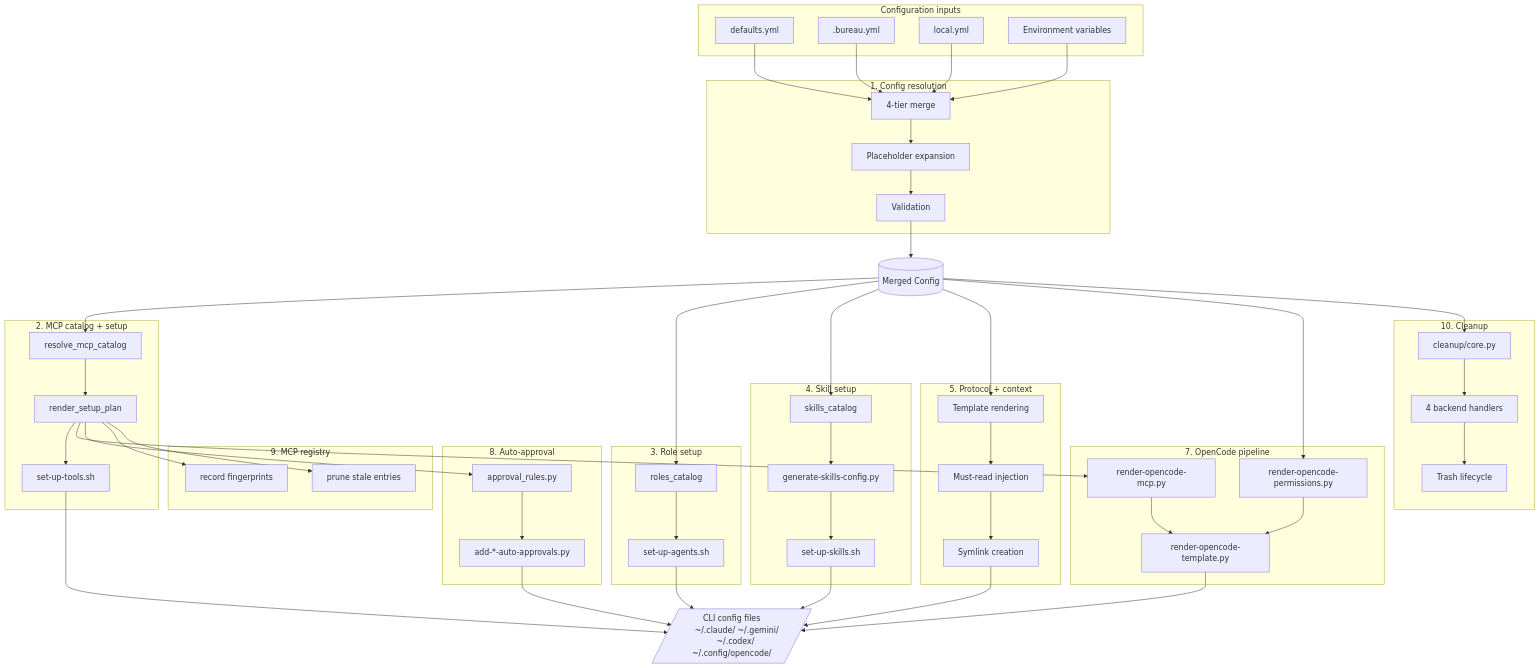
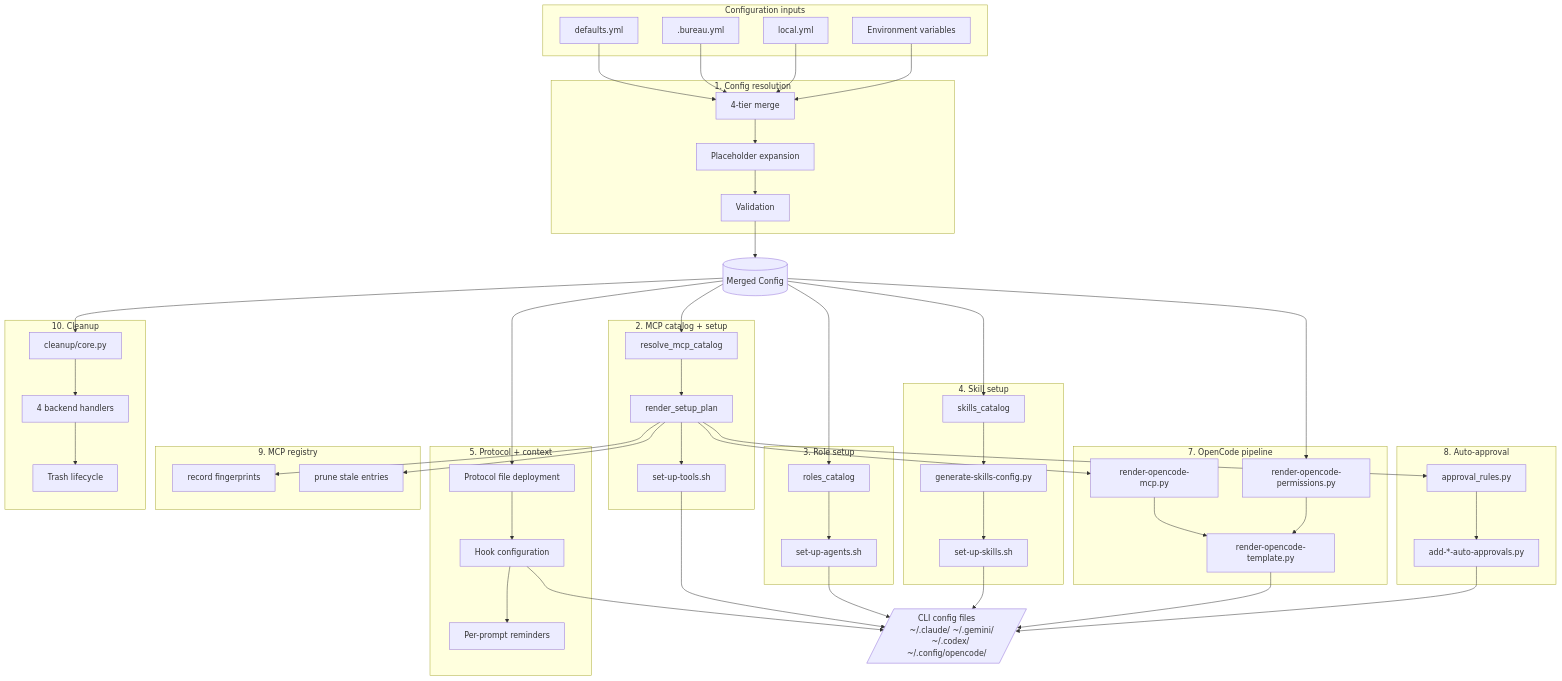
The first of 10 diagrams in docs/DATA-FLOWS.md (akbad/Bureau), drawn with Mermaid before and after one commit. The commit also changed other lines of this file and 31 other files, not shown here.

```diff
--- a/docs/DATA-FLOWS.md
+++ b/docs/DATA-FLOWS.md
@@ -79,12 +79,12 @@
     CONFIG --> SKILL_CAT --> SKILL_GEN --> SKILL_SH
 
     subgraph F5["5. Protocol + context"]
-        TMPL_RENDER[Template rendering]
-        SYMLINKS[Symlink creation]
-        MUST_READ[Must-read injection]
+        PROTO_DEPLOY[Protocol file deployment]
+        HOOK_CFG[Hook configuration]
+        REMINDER[Per-prompt reminders]
     end
 
-    CONFIG --> TMPL_RENDER --> MUST_READ --> SYMLINKS
+    CONFIG --> PROTO_DEPLOY --> HOOK_CFG --> REMINDER
 
     subgraph F7["7. OpenCode pipeline"]
         OC_MCP[render-opencode-mcp.py]
@@ -121,7 +121,7 @@
     BASH_ORCH --> CLI_CONFIGS
     AGENT_SETUP --> CLI_CONFIGS
     SKILL_SH --> CLI_CONFIGS
-    SYMLINKS --> CLI_CONFIGS
+    HOOK_CFG --> CLI_CONFIGS
     OC_TMPL --> CLI_CONFIGS
     PER_CLI_WRITERS --> CLI_CONFIGS
 
```
